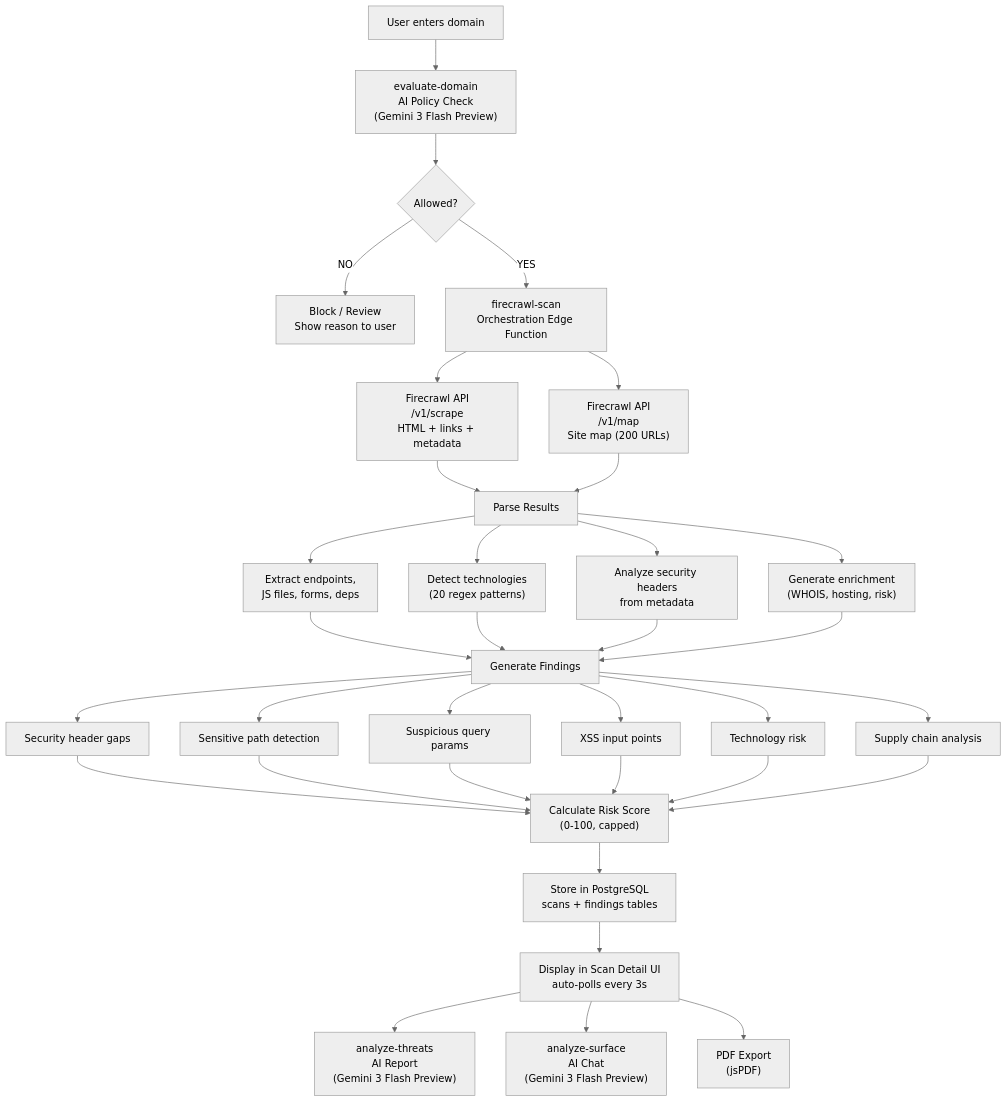
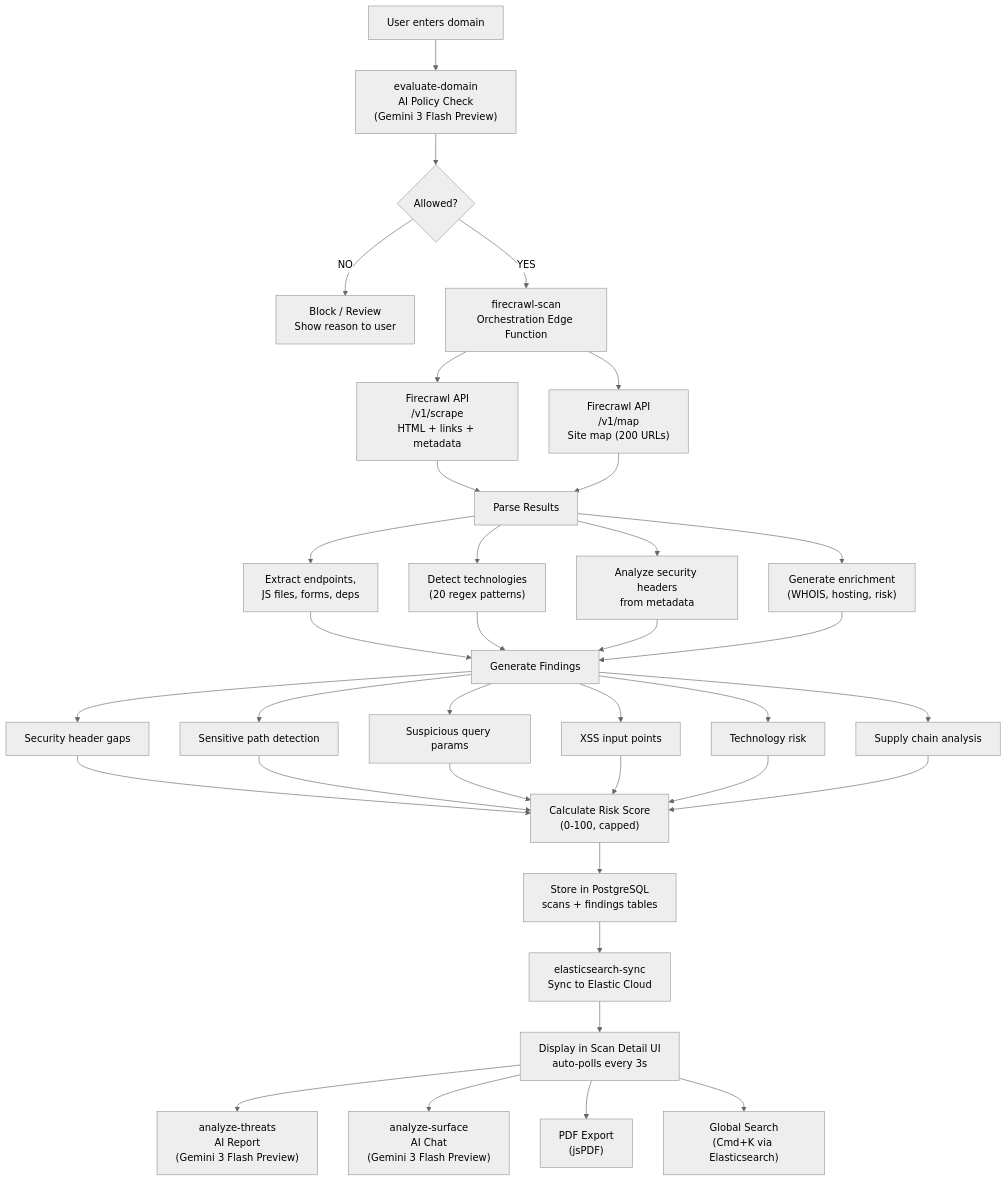
The first of 13 diagrams in TECHNICAL_DOCS.md (ritvikindupuri/aegis-intel-scan), drawn with Mermaid (neutral theme) before and after one commit. The commit also changed other lines of this file and 1 other file, not shown here.

````diff
--- a/TECHNICAL_DOCS.md
+++ b/TECHNICAL_DOCS.md
@@ -72,44 +79,46 @@
 ```mermaid
 flowchart TD
     A["User enters domain"] --> B["evaluate-domain\nAI Policy Check\n(Gemini 3 Flash Preview)"]
     B --> C{"Allowed?"}
     C -- "NO" --> D["Block / Review\nShow reason to user"]
     C -- "YES" --> E["firecrawl-scan\nOrchestration Edge Function"]
     
     E --> F["Firecrawl API\n/v1/scrape\nHTML + links + metadata"]
     E --> G["Firecrawl API\n/v1/map\nSite map (200 URLs)"]
     
     F --> H["Parse Results"]
     G --> H
     
     H --> H1["Extract endpoints,\nJS files, forms, deps"]
     H --> H2["Detect technologies\n(20 regex patterns)"]
     H --> H3["Analyze security headers\nfrom metadata"]
     H --> H4["Generate enrichment\n(WHOIS, hosting, risk)"]
     
     H1 --> I["Generate Findings"]
     H2 --> I
     H3 --> I
     H4 --> I
     
     I --> I1["Security header gaps"]
     I --> I2["Sensitive path detection"]
     I --> I3["Suspicious query params"]
     I --> I4["XSS input points"]
     I --> I5["Technology risk"]
     I --> I6["Supply chain analysis"]
     
     I1 --> J["Calculate Risk Score\n(0-100, capped)"]
     I2 --> J
     I3 --> J
     I4 --> J
     I5 --> J
     I6 --> J
     
     J --> K["Store in PostgreSQL\nscans + findings tables"]
-    K --> L["Display in Scan Detail UI\nauto-polls every 3s"]
+    K --> K2["elasticsearch-sync\nSync to Elastic Cloud"]
+    K2 --> L["Display in Scan Detail UI\nauto-polls every 3s"]
     
     L --> M["analyze-threats\nAI Report\n(Gemini 3 Flash Preview)"]
     L --> N["analyze-surface\nAI Chat\n(Gemini 3 Flash Preview)"]
     L --> O["PDF Export\n(jsPDF)"]
+    L --> P["Global Search\n(Cmd+K via Elasticsearch)"]
 ```
````
